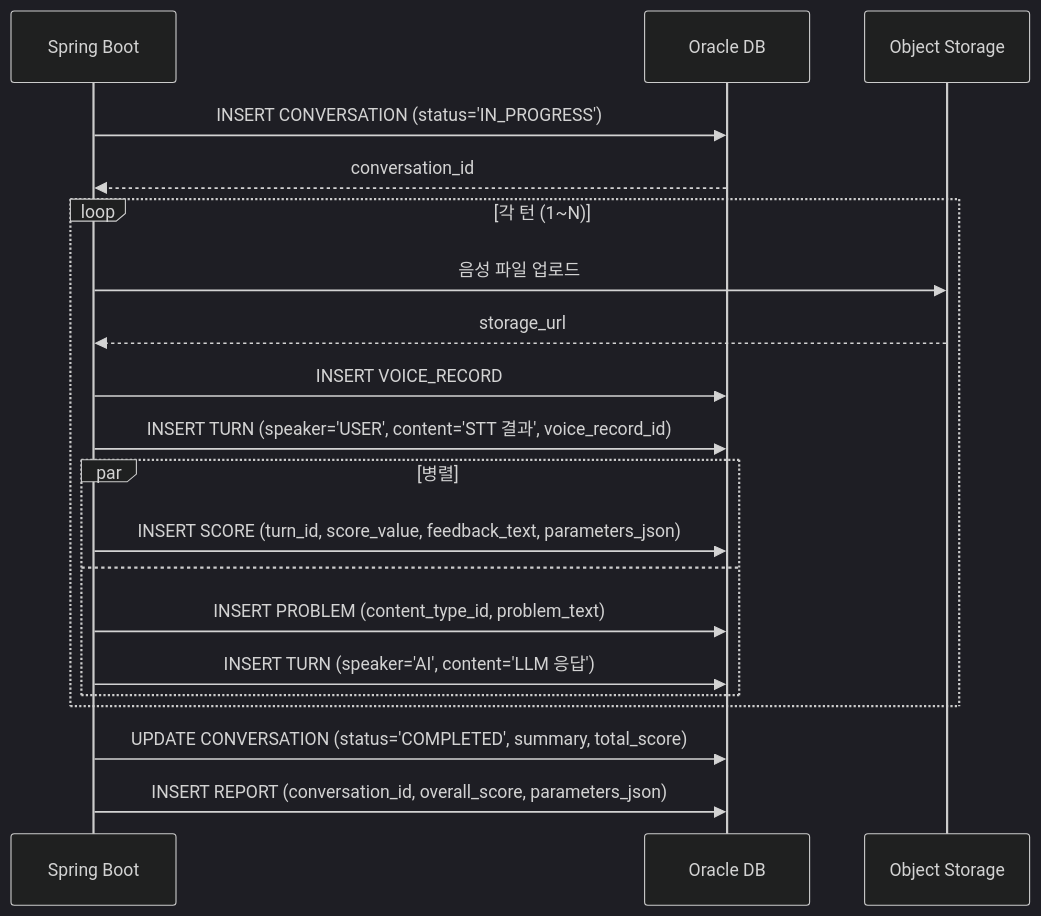
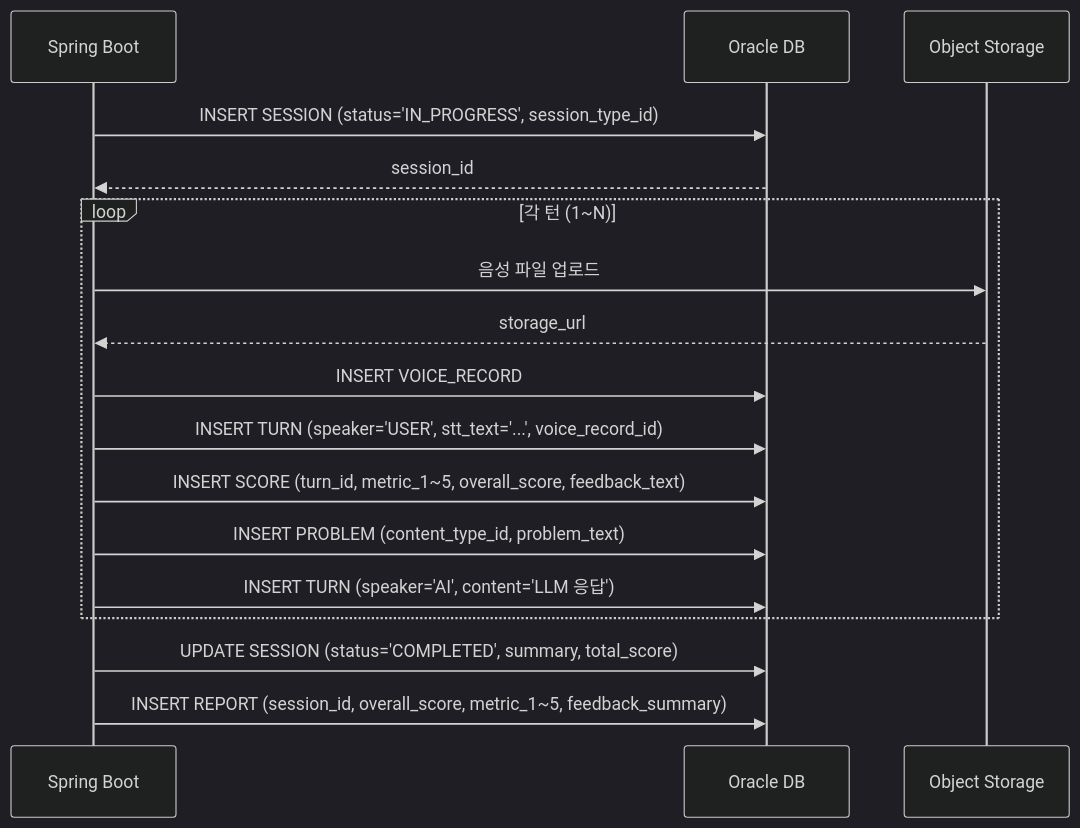
The second of 2 diagrams in 04_Database_Design.md (2026SeSAC-Oracle-Team2/Documentations), drawn with Mermaid (dark theme) before and after one commit. The commit also changed other lines of this file and 7 other files, not shown here.

````diff
--- a/04_Database_Design.md
+++ b/04_Database_Design.md
@@ -316,26 +488,23 @@
 ```mermaid
 sequenceDiagram
     participant API as Spring Boot
     participant DB as Oracle DB
     participant O as Object Storage
 
-    API->>DB: INSERT CONVERSATION (status='IN_PROGRESS')
-    DB-->>API: conversation_id
+    API->>DB: INSERT SESSION (status='IN_PROGRESS', session_type_id)
+    DB-->>API: session_id
 
     loop 각 턴 (1~N)
         API->>O: 음성 파일 업로드
         O-->>API: storage_url
         API->>DB: INSERT VOICE_RECORD
-        API->>DB: INSERT TURN (speaker='USER', content='STT 결과', voice_record_id)
+        API->>DB: INSERT TURN (speaker='USER', stt_text='...', voice_record_id)
         
-        par 병렬
-            API->>DB: INSERT SCORE (turn_id, score_value, feedback_text, parameters_json)
-        and
-            API->>DB: INSERT PROBLEM (content_type_id, problem_text)
-            API->>DB: INSERT TURN (speaker='AI', content='LLM 응답')
-        end
+        API->>DB: INSERT SCORE (turn_id, metric_1~5, overall_score, feedback_text)
+        API->>DB: INSERT PROBLEM (content_type_id, problem_text)
+        API->>DB: INSERT TURN (speaker='AI', content='LLM 응답')
     end
 
-    API->>DB: UPDATE CONVERSATION (status='COMPLETED', summary, total_score)
-    API->>DB: INSERT REPORT (conversation_id, overall_score, parameters_json)
+    API->>DB: UPDATE SESSION (status='COMPLETED', summary, total_score)
+    API->>DB: INSERT REPORT (session_id, overall_score, metric_1~5, feedback_summary)
 ```
````
